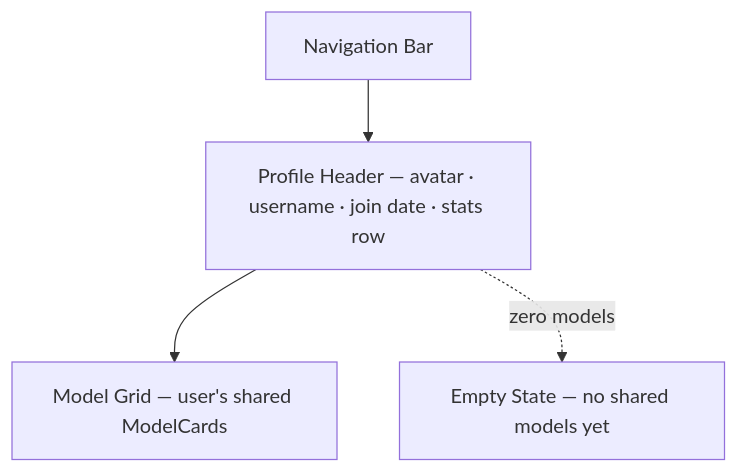
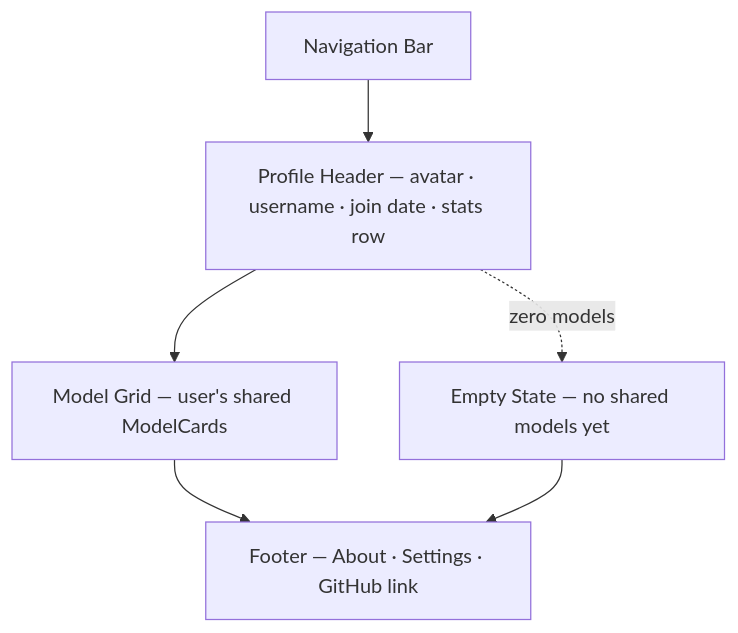
The diagram in docs/pages/profile/SPEC.md (nsheaps/farish), drawn with Mermaid before and after one commit. The commit also changed other lines of this file and 30 other files, not shown here.

````diff
--- a/docs/pages/profile/SPEC.md
+++ b/docs/pages/profile/SPEC.md
@@ -39,9 +39,12 @@
 ```mermaid
 flowchart TB
     Nav[Navigation Bar]
     Header[Profile Header — avatar · username · join date · stats row]
     Grid[Model Grid — user's shared ModelCards]
     Empty[Empty State — no shared models yet]
     Nav --> Header --> Grid
+    Footer[Footer — About · Settings · GitHub link]
     Header -. zero models .-> Empty
+    Grid --> Footer
+    Empty --> Footer
 ```
````
